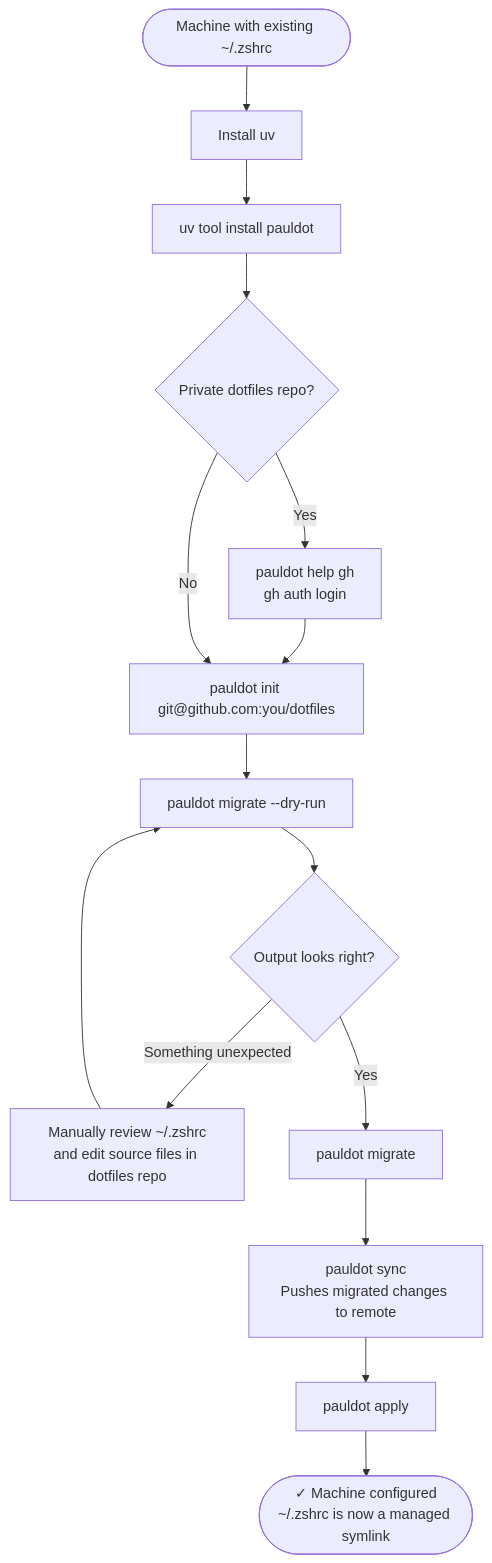
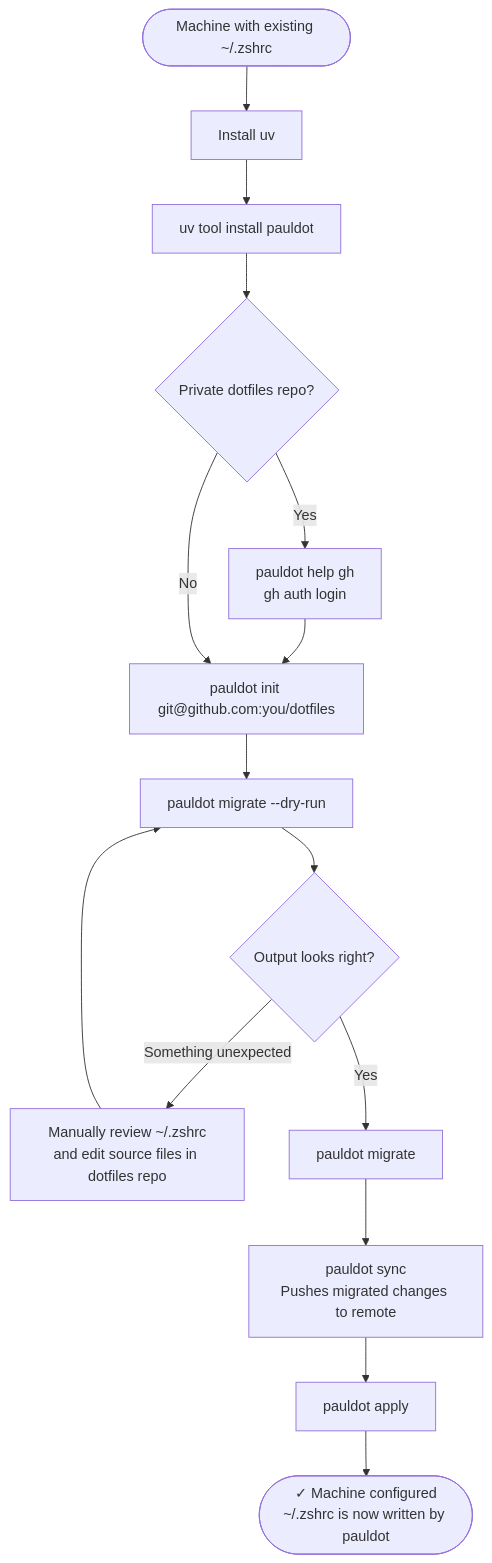
One commit to phalt/pauldot changed the diagram in docs/flows/migrate.md. Above: the diagram before and after it, drawn with Mermaid. The commit also changed other lines of this file and 12 other files, not shown here.

````diff
--- a/docs/flows/migrate.md
+++ b/docs/flows/migrate.md
@@ -11,21 +11,21 @@
 ```mermaid
 flowchart TD
     A([Machine with existing ~/.zshrc]) --> B[Install uv]
     B --> C["uv tool install pauldot"]
     C --> D{Private dotfiles repo?}
 
     D -->|Yes| E["pauldot help gh\ngh auth login"]
     E --> F["pauldot init git@github.com:you/dotfiles"]
     D -->|No| F
 
     F --> G["pauldot migrate --dry-run"]
     G --> H{Output looks right?}
 
     H -->|Something unexpected| I[Manually review ~/.zshrc\nand edit source files in dotfiles repo]
     I --> G
 
     H -->|Yes| J["pauldot migrate"]
     J --> K["pauldot sync\nPushes migrated changes to remote"]
     K --> L["pauldot apply"]
-    L --> M(["✓ Machine configured\n~/.zshrc is now a managed symlink"])
+    L --> M(["✓ Machine configured\n~/.zshrc is now written by pauldot"])
 ```
````
